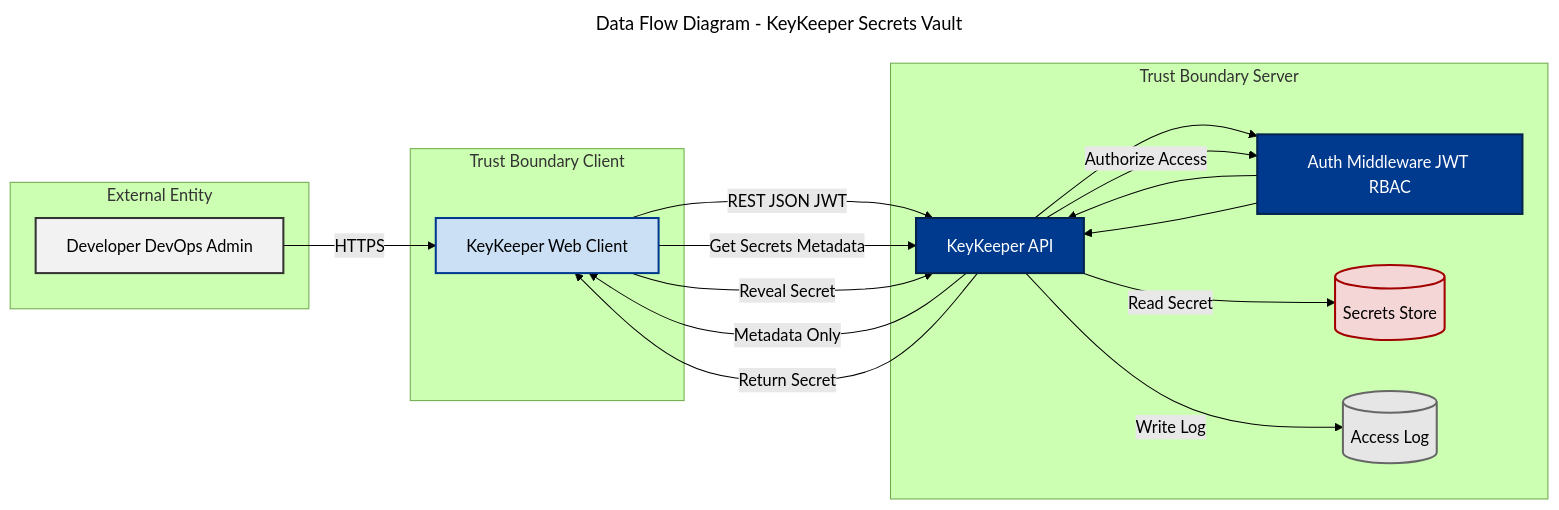
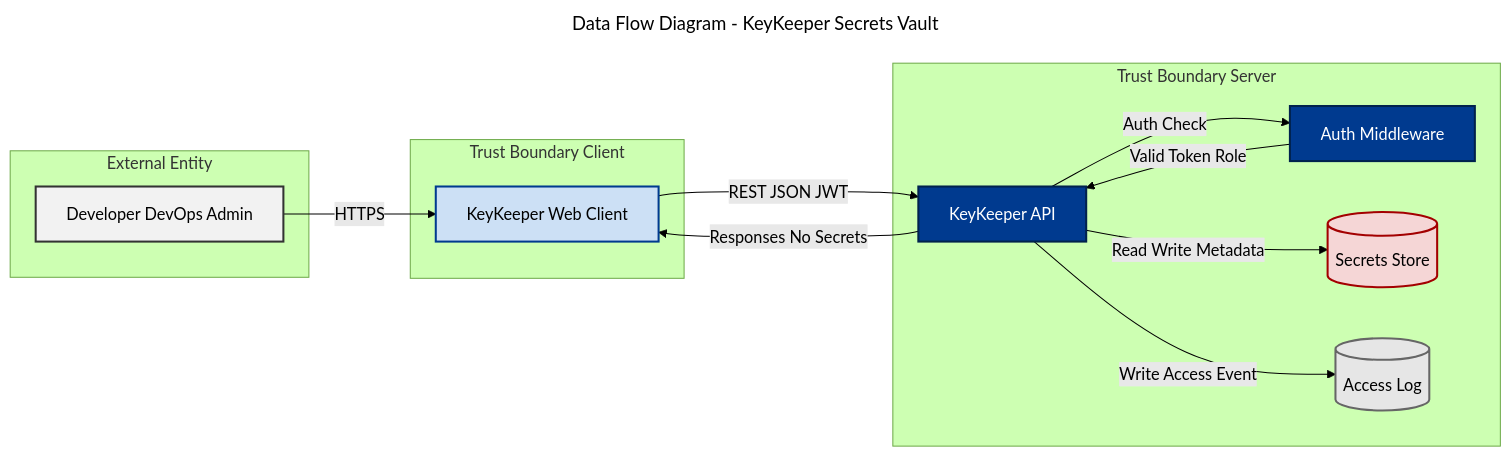
The diagram in 05-keykeeper/threat-model/dfd.mmd (osteinke/security-capstone-student), drawn with Mermaid (forest theme) before and after one commit.

Commit message:
add diagram

```diff
--- a/05-keykeeper/threat-model/dfd.mmd
+++ b/05-keykeeper/threat-model/dfd.mmd
@@ -1,49 +1,44 @@
 ---
 title: Data Flow Diagram - KeyKeeper Secrets Vault
 ---
 
 flowchart LR
 
 subgraph External["External Entity"]
     User[Developer DevOps Admin]
 end
 
 subgraph ClientTrust["Trust Boundary Client"]
     FE[KeyKeeper Web Client]
 end
 
 subgraph ServerTrust["Trust Boundary Server"]
     API[KeyKeeper API]
-    AUTH[Auth Middleware JWT RBAC]
+    AUTH[Auth Middleware]
     DB[(Secrets Store)]
     LOG[(Access Log)]
 end
 
 User -->|"HTTPS"| FE
 FE -->|"REST JSON JWT"| API
-API --> AUTH
-AUTH --> API
 
-FE -->|"Get Secrets Metadata"| API
-API -->|"Metadata Only"| FE
+API -->|"Auth Check"| AUTH
+AUTH -->|"Valid Token Role"| API
 
-FE -->|"Reveal Secret"| API
-API -->|"Authorize Access"| AUTH
-AUTH --> API
-API -->|"Read Secret"| DB
-API -->|"Write Log"| LOG
-API -->|"Return Secret"| FE
+API -->|"Read Write Metadata"| DB
+API -->|"Write Access Event"| LOG
+API -->|"Responses No Secrets"| FE
 
 %% Travelers style colors
 classDef external fill:#f2f2f2,stroke:#333,stroke-width:2px
 classDef client fill:#cce0f5,stroke:#003a8f,stroke-width:2px
 classDef server fill:#003a8f,stroke:#00224d,stroke-width:2px,color:#ffffff
 classDef database fill:#f5d6d6,stroke:#a30000,stroke-width:2px
 classDef audit fill:#e6e6e6,stroke:#666,stroke-width:2px
 
 class User external
 class FE client
 class API server
 class AUTH server
 class DB database
 class LOG audit
```
